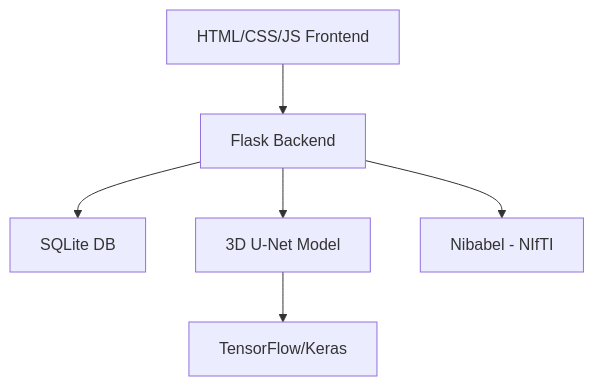
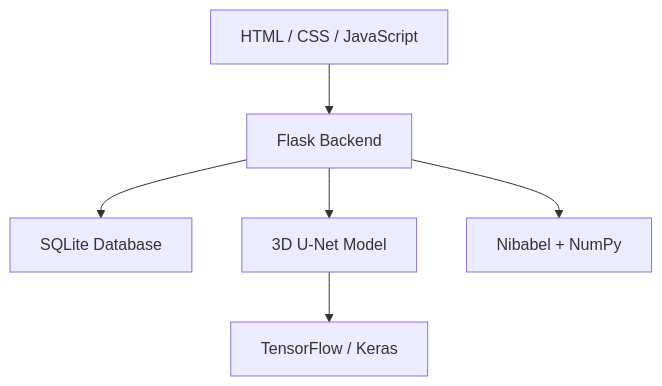
Before and after one commit to manojroyal422/BRAIN-TUMOR-SEGMENTATION-FROM-MUTLI-MODEL-MRI.: the diagram in README.md, drawn with Mermaid. The commit also changed other lines of this file, not shown here.

````diff
--- a/README.md
+++ b/README.md
@@ -29,8 +28,8 @@
 ```mermaid
 graph TB
-    A[Flask Backend] --> B[SQLite DB]
+    A[Flask Backend] --> B[SQLite Database]
     A --> C[3D U-Net Model]
-    C --> D[TensorFlow/Keras]
-    A --> E[Nibabel - NIfTI]
-    F[HTML/CSS/JS Frontend] --> A
+    C --> D[TensorFlow / Keras]
+    A --> E[Nibabel + NumPy]
+    F[HTML / CSS / JavaScript] --> A
 ```
````
